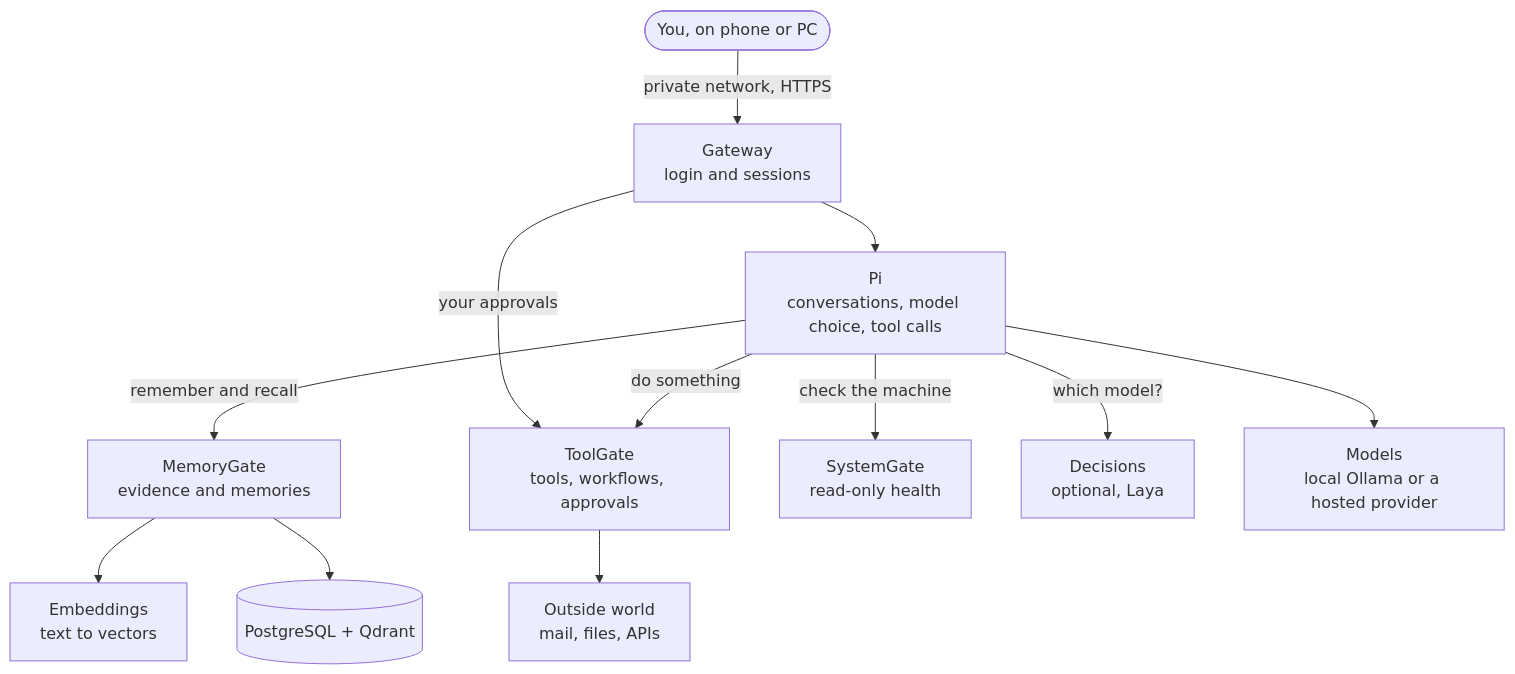
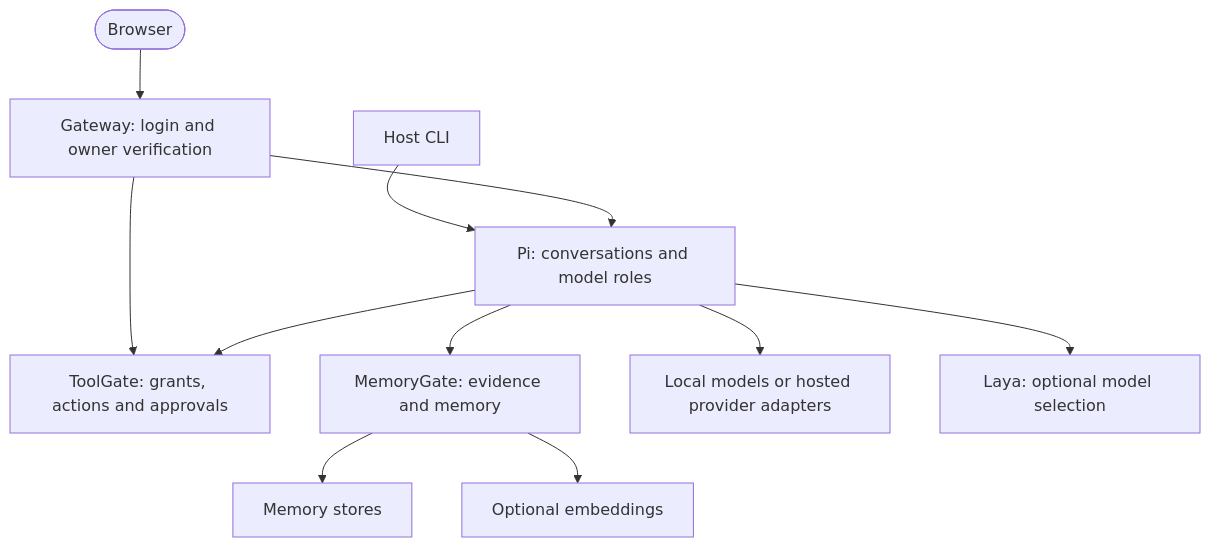
One commit to Conker-AI/conker changed the diagram in docs/2-how-it-works.md. Above: the diagram before and after it, drawn with Mermaid. The commit also changed other lines of this file and 4 other files, not shown here.

````diff
--- a/docs/2-how-it-works.md
+++ b/docs/2-how-it-works.md
@@ -8,14 +9,13 @@
 ```mermaid
 flowchart TB
-    You([You, on phone or PC]) -->|private network, HTTPS| GW[Gateway<br/>login and sessions]
-    GW --> Pi[Pi<br/>conversations, model choice, tool calls]
-    GW -->|your approvals| TG
-    Pi -->|remember and recall| MG[MemoryGate<br/>evidence and memories]
-    Pi -->|do something| TG[ToolGate<br/>tools, workflows, approvals]
-    Pi -->|check the machine| SG[SystemGate<br/>read-only health]
-    Pi -->|which model?| DS[Decisions<br/>optional, Laya]
-    Pi --> M[Models<br/>local Ollama or a hosted provider]
-    MG --> EM[Embeddings<br/>text to vectors]
-    MG --> DB[(PostgreSQL + Qdrant)]
-    TG --> World[Outside world<br/>mail, files, APIs]
+    You([Browser]) --> GW[Gateway: login and owner verification]
+    CLI[Host CLI] --> Pi[Pi: conversations and model roles]
+    GW --> Pi
+    GW --> TG[ToolGate: grants, actions and approvals]
+    Pi --> TG
+    Pi --> MG[MemoryGate: evidence and memory]
+    Pi --> Models[Local models or hosted provider adapters]
+    Pi --> Laya[Laya: optional model selection]
+    MG --> Stores[Memory stores]
+    MG --> Embeddings[Optional embeddings]
 ```
````
